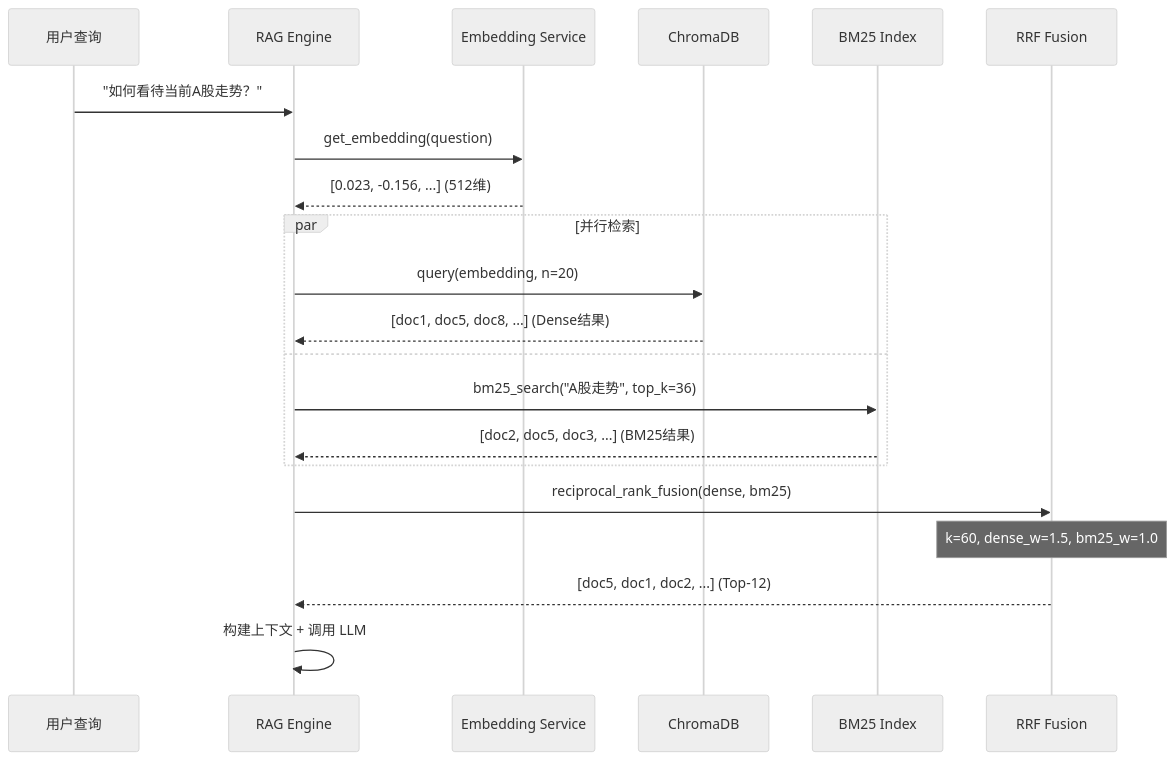
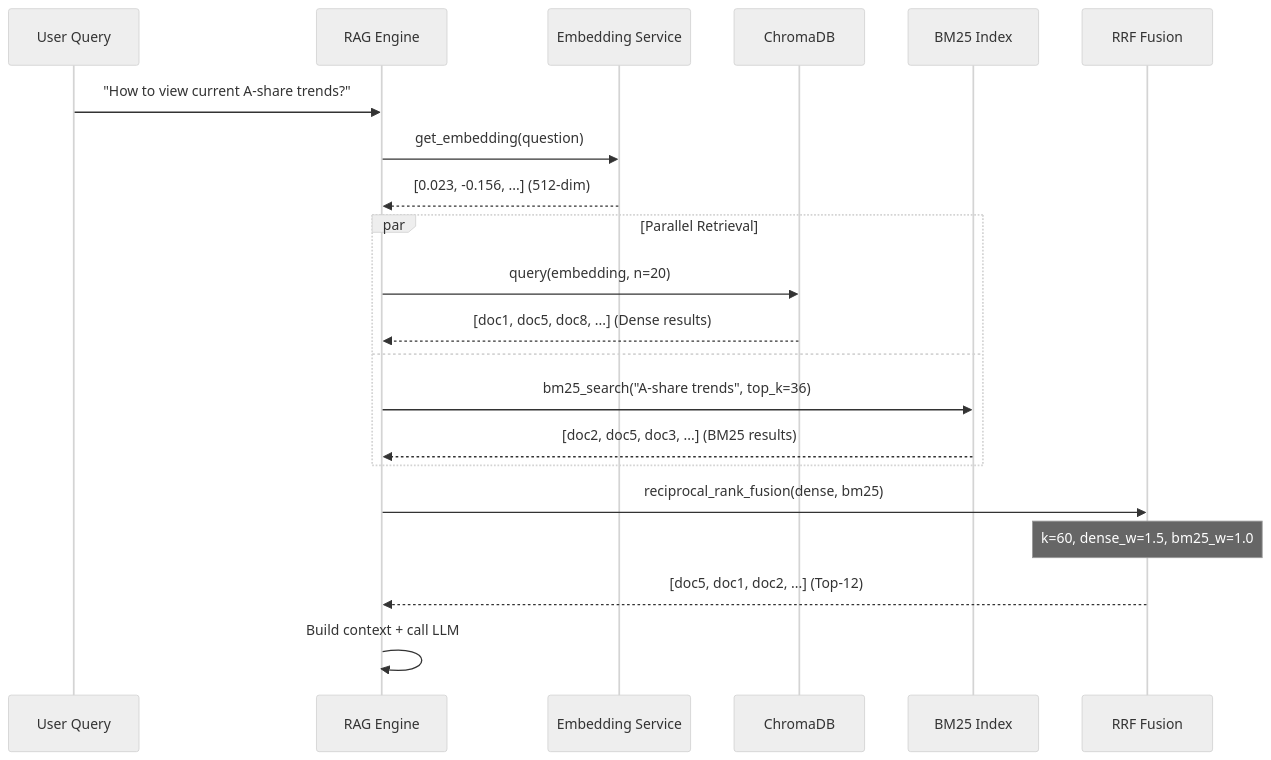
The third of 3 diagrams in docs/docs/rag/hybrid-retrieval.mdx (XUranus/dungeon), drawn with Mermaid (neutral theme) before and after one commit. The commit also changed other lines of this file and 75 other files, not shown here.

````diff
--- a/docs/docs/rag/hybrid-retrieval.mdx
+++ b/docs/docs/rag/hybrid-retrieval.mdx
@@ -292,27 +297,27 @@
 ```mermaid
 sequenceDiagram
-    participant Q as 用户查询
+    participant Q as User Query
     participant RAG as RAG Engine
     participant EMB as Embedding Service
     participant CHROMA as ChromaDB
     participant BM25 as BM25 Index
     participant RRF as RRF Fusion
 
-    Q->>RAG: "如何看待当前A股走势？"
+    Q->>RAG: "How to view current A-share trends?"
     RAG->>EMB: get_embedding(question)
-    EMB-->>RAG: [0.023, -0.156, ...] (512维)
+    EMB-->>RAG: [0.023, -0.156, ...] (512-dim)
 
-    par 并行检索
+    par Parallel Retrieval
         RAG->>CHROMA: query(embedding, n=20)
-        CHROMA-->>RAG: [doc1, doc5, doc8, ...] (Dense结果)
+        CHROMA-->>RAG: [doc1, doc5, doc8, ...] (Dense results)
     and
-        RAG->>BM25: bm25_search("A股走势", top_k=36)
-        BM25-->>RAG: [doc2, doc5, doc3, ...] (BM25结果)
+        RAG->>BM25: bm25_search("A-share trends", top_k=36)
+        BM25-->>RAG: [doc2, doc5, doc3, ...] (BM25 results)
     end
 
     RAG->>RRF: reciprocal_rank_fusion(dense, bm25)
     Note over RRF: k=60, dense_w=1.5, bm25_w=1.0
     RRF-->>RAG: [doc5, doc1, doc2, ...] (Top-12)
 
-    RAG->>RAG: 构建上下文 + 调用 LLM
+    RAG->>RAG: Build context + call LLM
 ```
````
